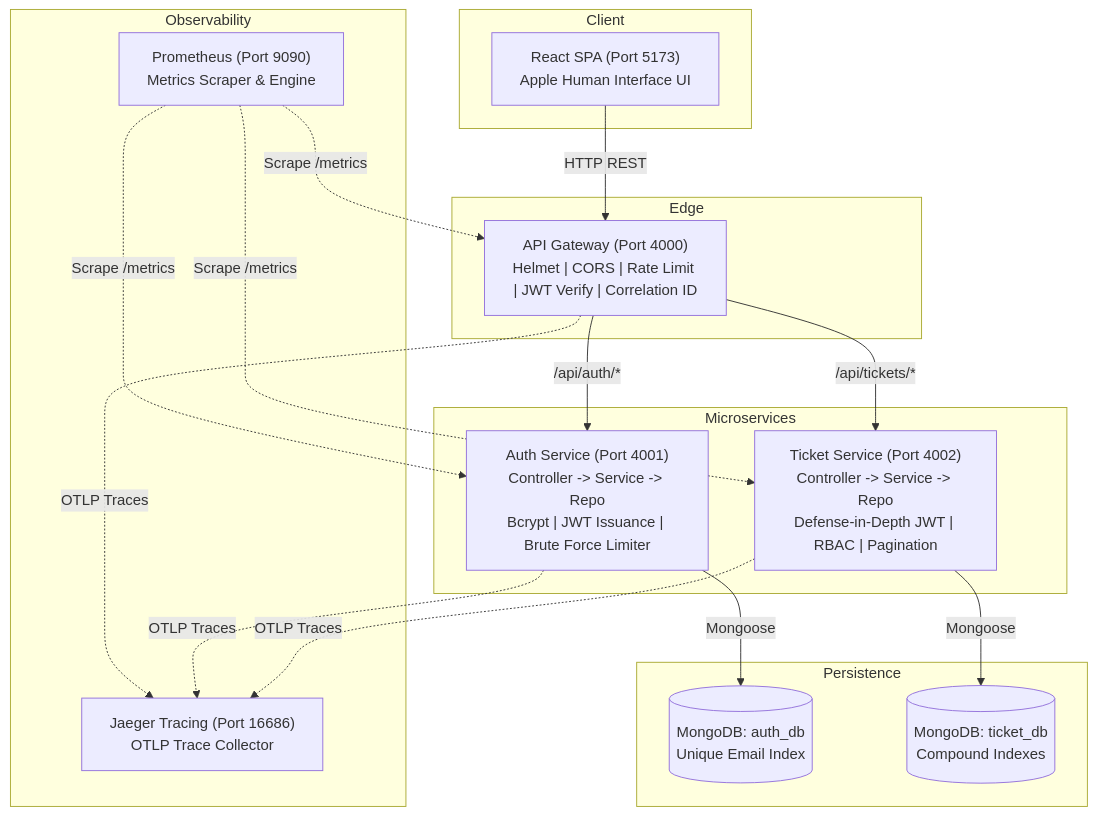
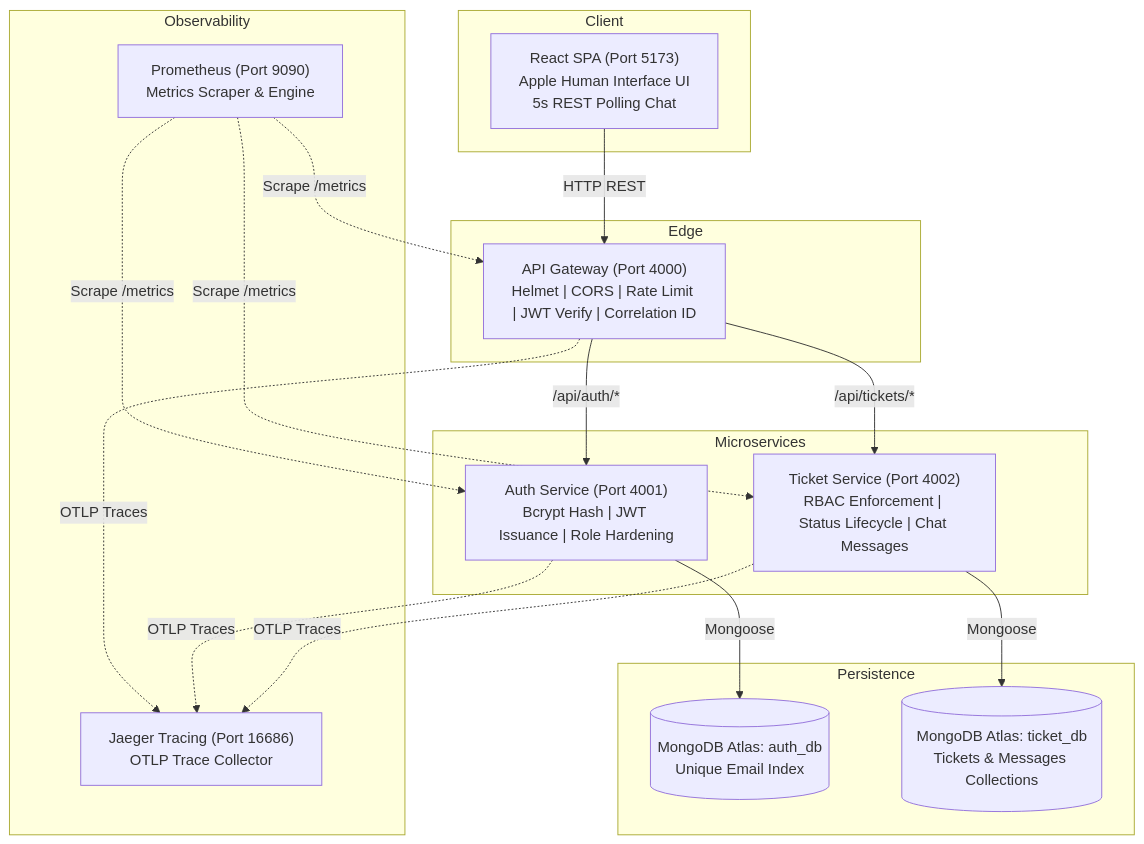
Before and after one commit to Shyam-creater/TaskDesk-Microservice-Ticket-Tracker: the second of 2 diagrams in README.md, drawn with Mermaid. The commit also changed other lines of this file, not shown here.

Commit message:
docs: document RBAC matrix, status lifecycle, messages collection, and polling architecture

````diff
--- a/README.md
+++ b/README.md
@@ -23,39 +81,39 @@
 ```mermaid
 flowchart TD
     subgraph Client
-        UI["React SPA (Port 5173)\nApple Human Interface UI"]
+        UI["React SPA (Port 5173)\nApple Human Interface UI\n5s REST Polling Chat"]
     end
 
     subgraph Edge
         GW["API Gateway (Port 4000)\nHelmet | CORS | Rate Limit | JWT Verify | Correlation ID"]
     end
 
     subgraph Microservices
-        AUTH["Auth Service (Port 4001)\nController -> Service -> Repo\nBcrypt | JWT Issuance | Brute Force Limiter"]
-        TICKETS["Ticket Service (Port 4002)\nController -> Service -> Repo\nDefense-in-Depth JWT | RBAC | Pagination"]
+        AUTH["Auth Service (Port 4001)\nBcrypt Hash | JWT Issuance | Role Hardening"]
+        TICKETS["Ticket Service (Port 4002)\nRBAC Enforcement | Status Lifecycle | Chat Messages"]
     end
 
     subgraph Persistence
-        DB_AUTH[("MongoDB: auth_db\nUnique Email Index")]
-        DB_TICKET[("MongoDB: ticket_db\nCompound Indexes")]
+        DB_AUTH[("MongoDB Atlas: auth_db\nUnique Email Index")]
+        DB_TICKET[("MongoDB Atlas: ticket_db\nTickets & Messages Collections")]
     end
 
     subgraph Observability
         JAEGER["Jaeger Tracing (Port 16686)\nOTLP Trace Collector"]
         PROM["Prometheus (Port 9090)\nMetrics Scraper & Engine"]
     end
 
     UI -->|HTTP REST| GW
     GW -->|/api/auth/*| AUTH
     GW -->|/api/tickets/*| TICKETS
     AUTH -->|Mongoose| DB_AUTH
     TICKETS -->|Mongoose| DB_TICKET
 
     GW -.->|OTLP Traces| JAEGER
     AUTH -.->|OTLP Traces| JAEGER
     TICKETS -.->|OTLP Traces| JAEGER
 
     PROM -.->|Scrape /metrics| GW
     PROM -.->|Scrape /metrics| AUTH
     PROM -.->|Scrape /metrics| TICKETS
 ```
````
